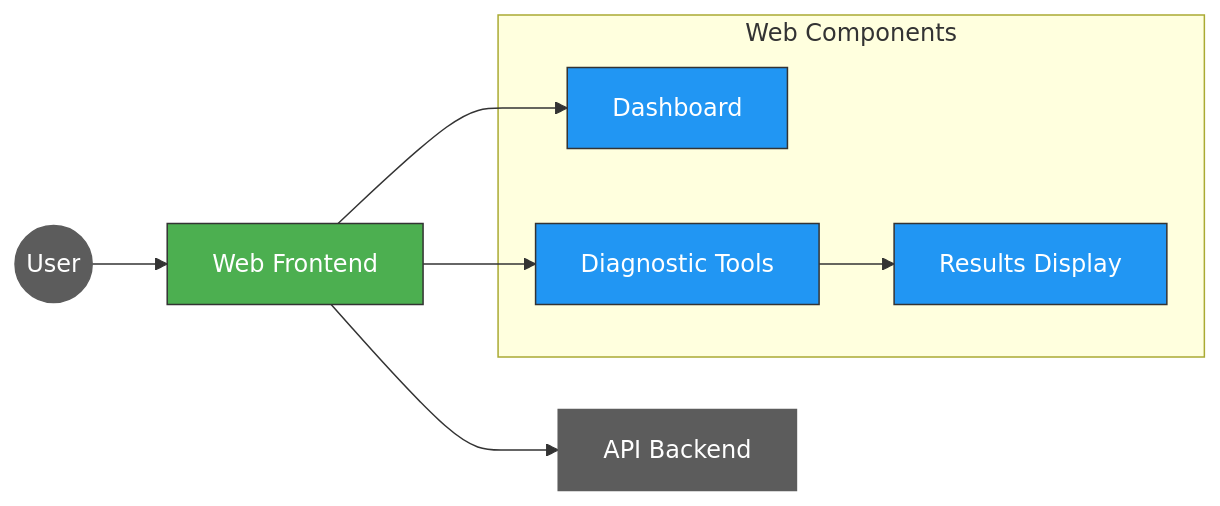
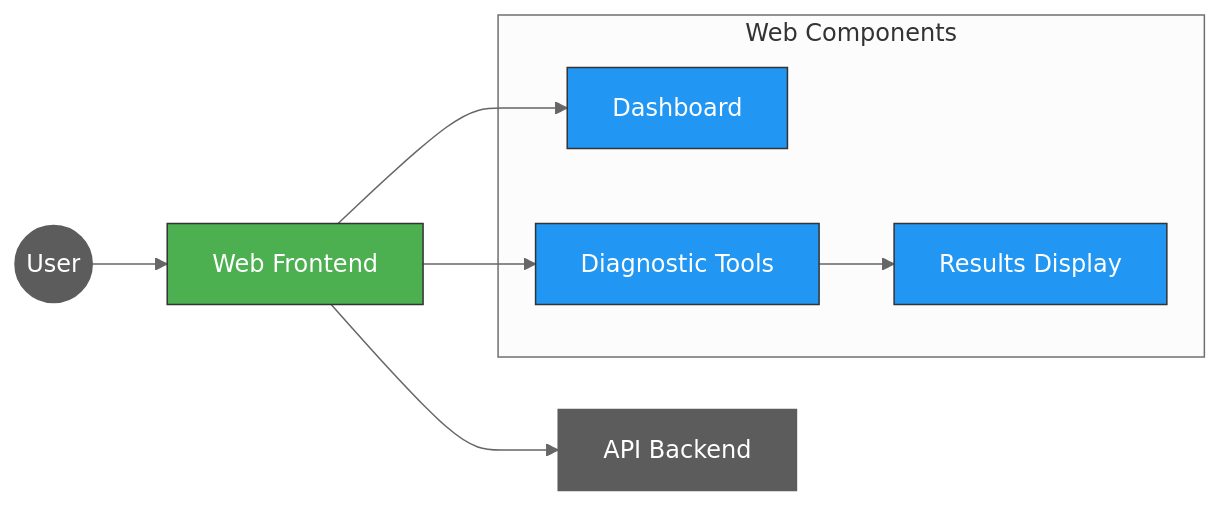
The diagram in scenarios/S05-service-validation/solution/web/README.md (jonathan-vella/github-copilot-itpro), drawn with Mermaid before and after one commit. The commit also changed 24 other files, not shown here.

Commit message:
Add neutral theme initialization to Mermaid diagrams across documentation

````diff
--- a/scenarios/S05-service-validation/solution/web/README.md
+++ b/scenarios/S05-service-validation/solution/web/README.md
@@ -10,22 +10,23 @@
 ```mermaid
+%%{init: {'theme':'neutral'}}%%
 graph LR
     User((User)) --> Web[Web Frontend]
     Web --> API[API Backend]
     
     subgraph "Web Components"
         Dashboard[Dashboard]
         Tools[Diagnostic Tools]
         Results[Results Display]
     end
     
     Web --> Dashboard
     Web --> Tools
     Tools --> Results
     
     classDef frontend fill:#4CAF50,stroke:#333,color:white;
     classDef component fill:#2196F3,stroke:#333,color:white;
     classDef user fill:#5C5C5C,stroke:#5C5C5C,color:white;
     class Web frontend;
     class Dashboard,Tools,Results component;
     class User,API user;
 ```
````
